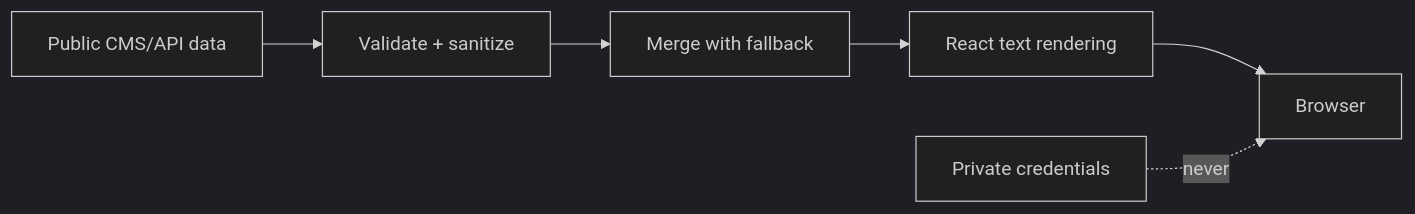
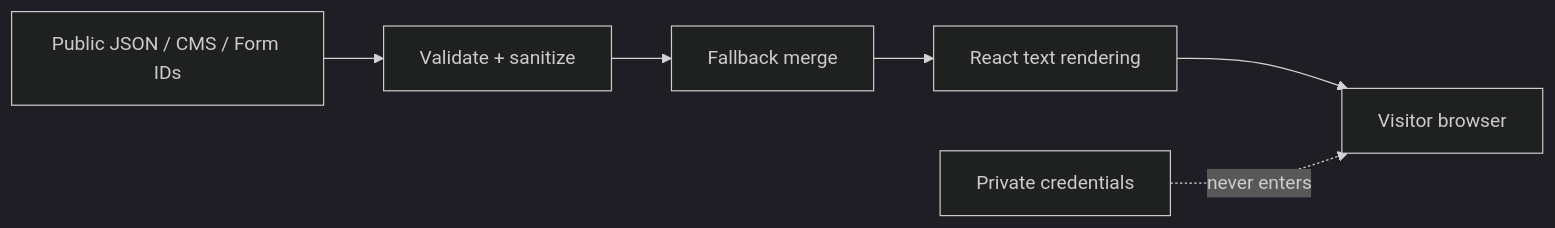
Before and after one commit to SidheshwarSarangal/portfoionew: the first of 6 diagrams in docs/SECURITY_AND_PERFORMANCE.md, drawn with Mermaid (dark theme). The commit also changed other lines of this file and 8 other files, not shown here.

````diff
--- a/docs/SECURITY_AND_PERFORMANCE.md
+++ b/docs/SECURITY_AND_PERFORMANCE.md
@@ -5,8 +5,8 @@
 ```mermaid
 flowchart LR
-  Public[Public CMS/API data] --> Validate[Validate + sanitize]
-  Validate --> Merge[Merge with fallback]
+  Remote[Public JSON / CMS / Form IDs] --> Validate[Validate + sanitize]
+  Validate --> Merge[Fallback merge]
   Merge --> React[React text rendering]
-  React --> Browser[Browser]
-  Secret[Private credentials] -. never .-> Browser
+  React --> Browser[Visitor browser]
+  Secret[Private credentials] -. never enters .-> Browser
 ```
````
